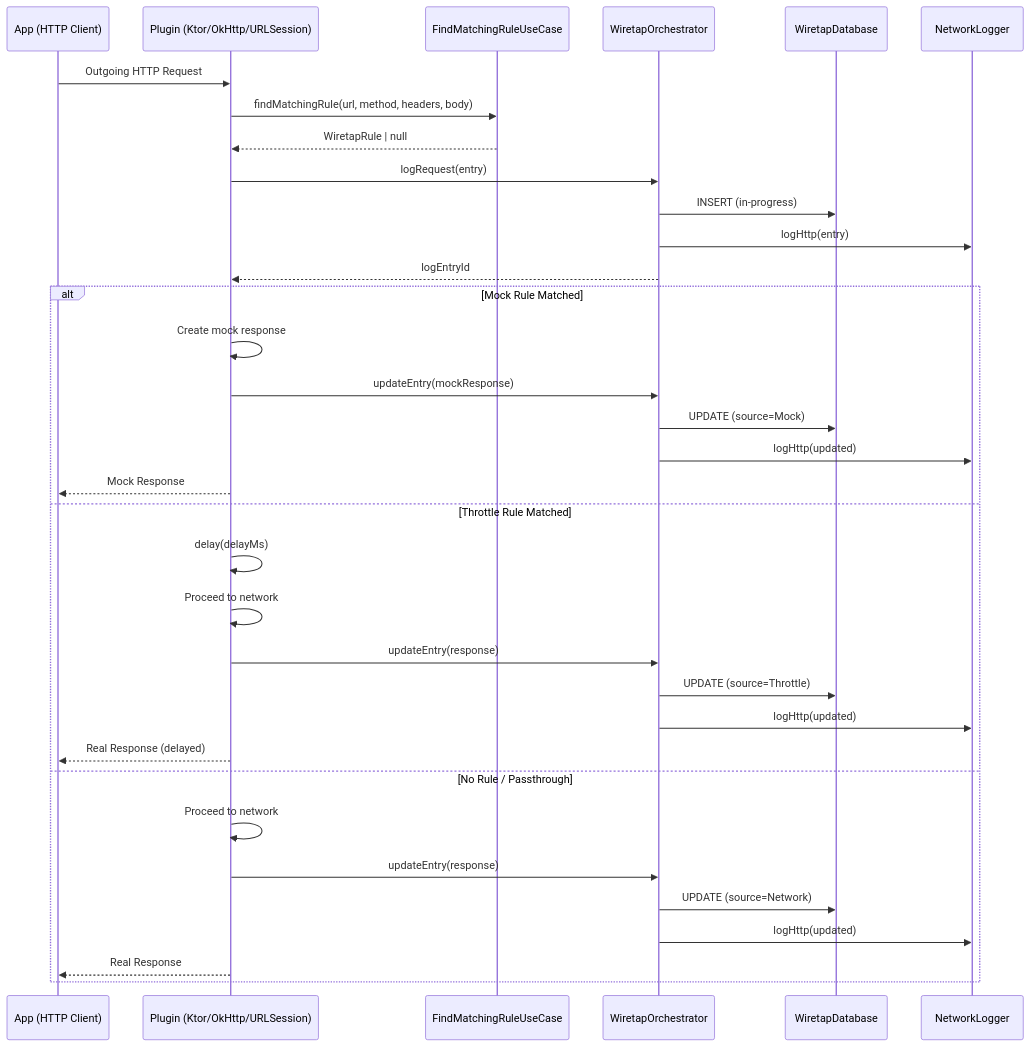
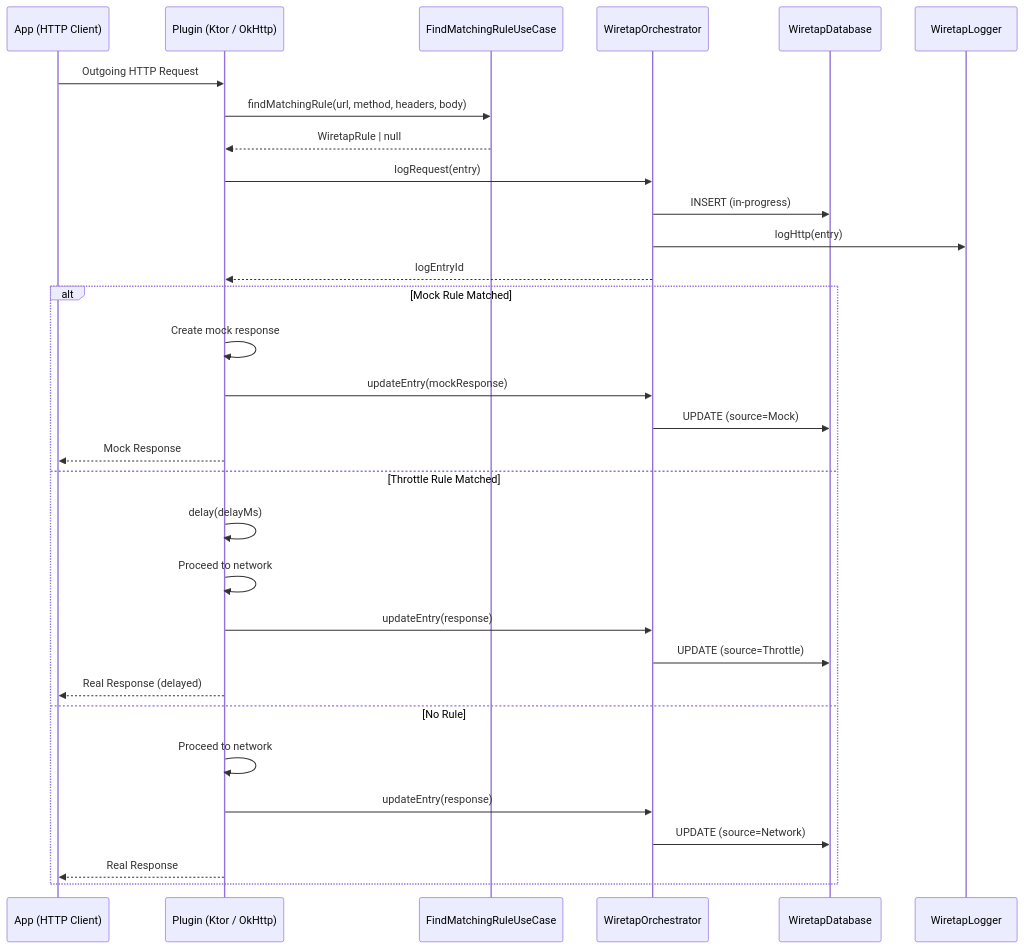
The first of 2 diagrams in docs/architecture/request-flow.md (skymansandy/wiretapKMP), drawn with Mermaid before and after one commit. The commit also changed other lines of this file and 36 other files, not shown here.

````diff
--- a/docs/architecture/request-flow.md
+++ b/docs/architecture/request-flow.md
@@ -5,40 +5,37 @@
 ```mermaid
 sequenceDiagram
     participant App as App (HTTP Client)
-    participant Plugin as Plugin (Ktor/OkHttp/URLSession)
+    participant Plugin as Plugin (Ktor / OkHttp)
     participant Rules as FindMatchingRuleUseCase
     participant Orchestrator as WiretapOrchestrator
     participant DB as WiretapDatabase
-    participant Logger as NetworkLogger
+    participant Logger as WiretapLogger
 
     App->>Plugin: Outgoing HTTP Request
 
     Plugin->>Rules: findMatchingRule(url, method, headers, body)
     Rules-->>Plugin: WiretapRule | null
 
     Plugin->>Orchestrator: logRequest(entry)
     Orchestrator->>DB: INSERT (in-progress)
     Orchestrator->>Logger: logHttp(entry)
     Orchestrator-->>Plugin: logEntryId
 
     alt Mock Rule Matched
         Plugin->>Plugin: Create mock response
         Plugin->>Orchestrator: updateEntry(mockResponse)
         Orchestrator->>DB: UPDATE (source=Mock)
-        Orchestrator->>Logger: logHttp(updated)
         Plugin-->>App: Mock Response
     else Throttle Rule Matched
         Plugin->>Plugin: delay(delayMs)
         Plugin->>Plugin: Proceed to network
         Plugin->>Orchestrator: updateEntry(response)
         Orchestrator->>DB: UPDATE (source=Throttle)
-        Orchestrator->>Logger: logHttp(updated)
         Plugin-->>App: Real Response (delayed)
-    else No Rule / Passthrough
+    else No Rule
         Plugin->>Plugin: Proceed to network
         Plugin->>Orchestrator: updateEntry(response)
         Orchestrator->>DB: UPDATE (source=Network)
-        Orchestrator->>Logger: logHttp(updated)
         Plugin-->>App: Real Response
     end
 ```
````
